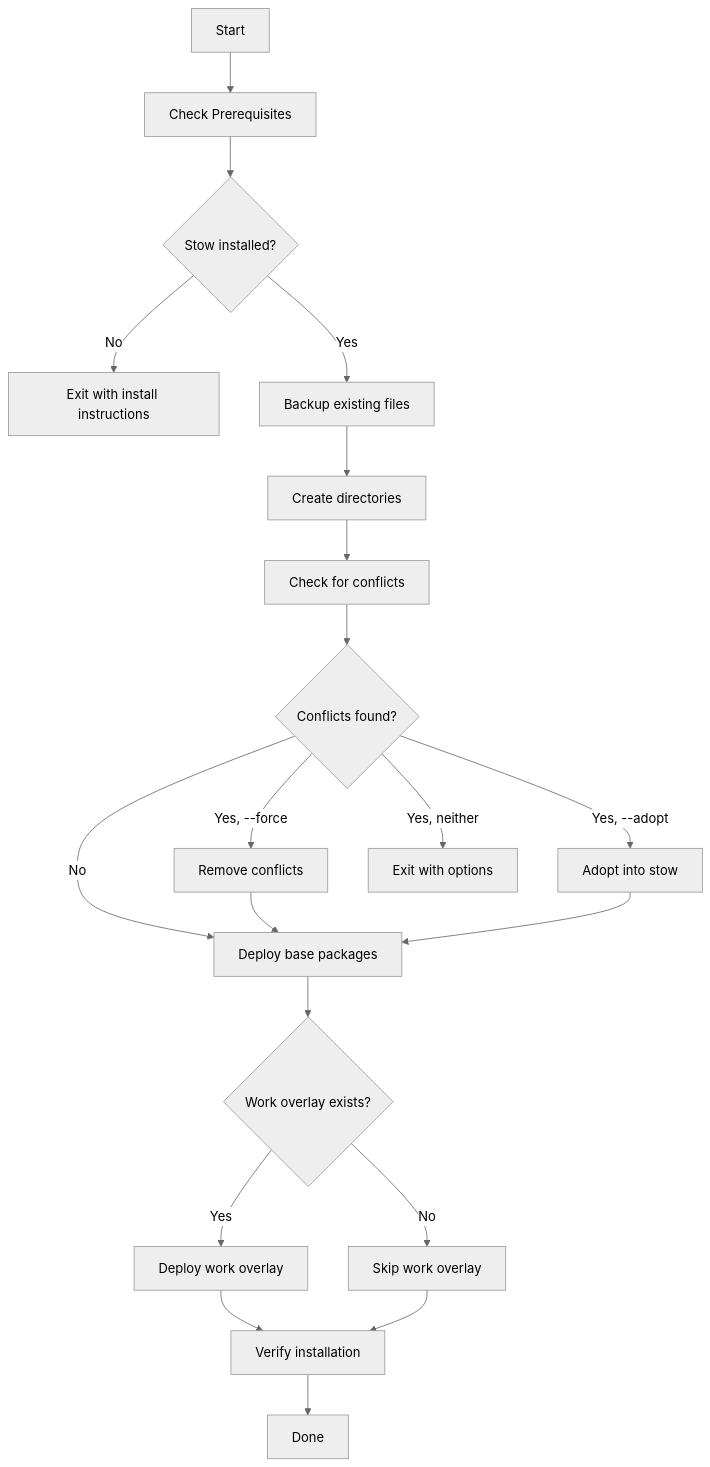
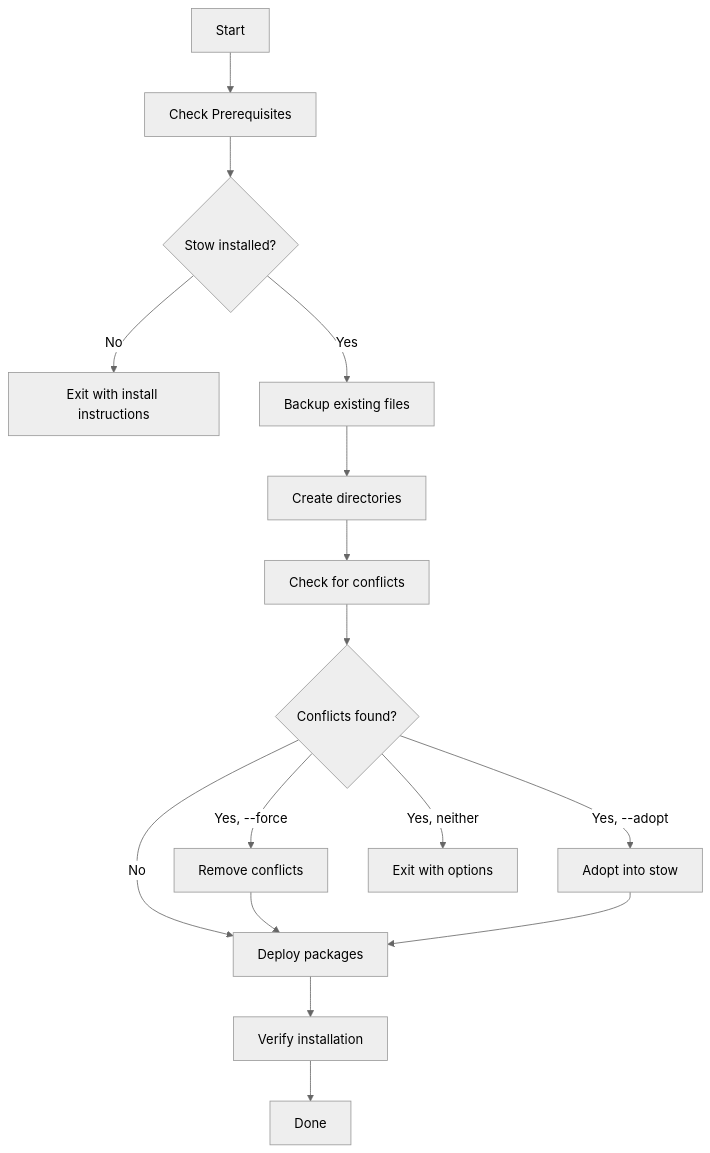
One commit to willthefirst/.dotfiles changed the first of 4 diagrams in README.md. Above: the diagram before and after it, drawn with Mermaid (neutral theme). The commit also changed other lines of this file and 4 other files, not shown here.

First line of the commit message:
Remove work overlay logic from base repo

````diff
--- a/README.md
+++ b/README.md
@@ -117,22 +95,18 @@
 ```mermaid
 flowchart TD
     A[Start] --> B[Check Prerequisites]
     B --> C{Stow installed?}
     C -->|No| D[Exit with install instructions]
     C -->|Yes| E[Backup existing files]
     E --> F[Create directories]
     F --> G[Check for conflicts]
     G --> H{Conflicts found?}
     H -->|Yes, --force| I[Remove conflicts]
     H -->|Yes, --adopt| J[Adopt into stow]
     H -->|Yes, neither| K[Exit with options]
-    H -->|No| L[Deploy base packages]
+    H -->|No| L[Deploy packages]
     I --> L
     J --> L
-    L --> M{Work overlay exists?}
-    M -->|Yes| N[Deploy work overlay]
-    M -->|No| O[Skip work overlay]
-    N --> P[Verify installation]
-    O --> P
-    P --> Q[Done]
+    L --> M[Verify installation]
+    M --> N[Done]
 ```
````
